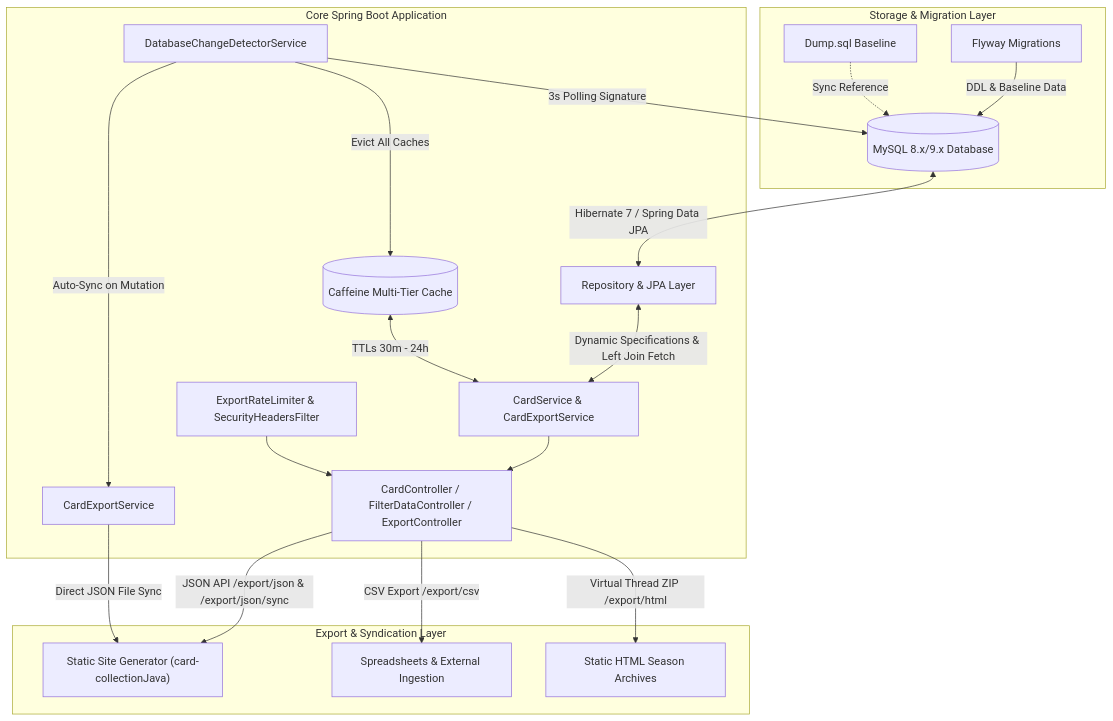
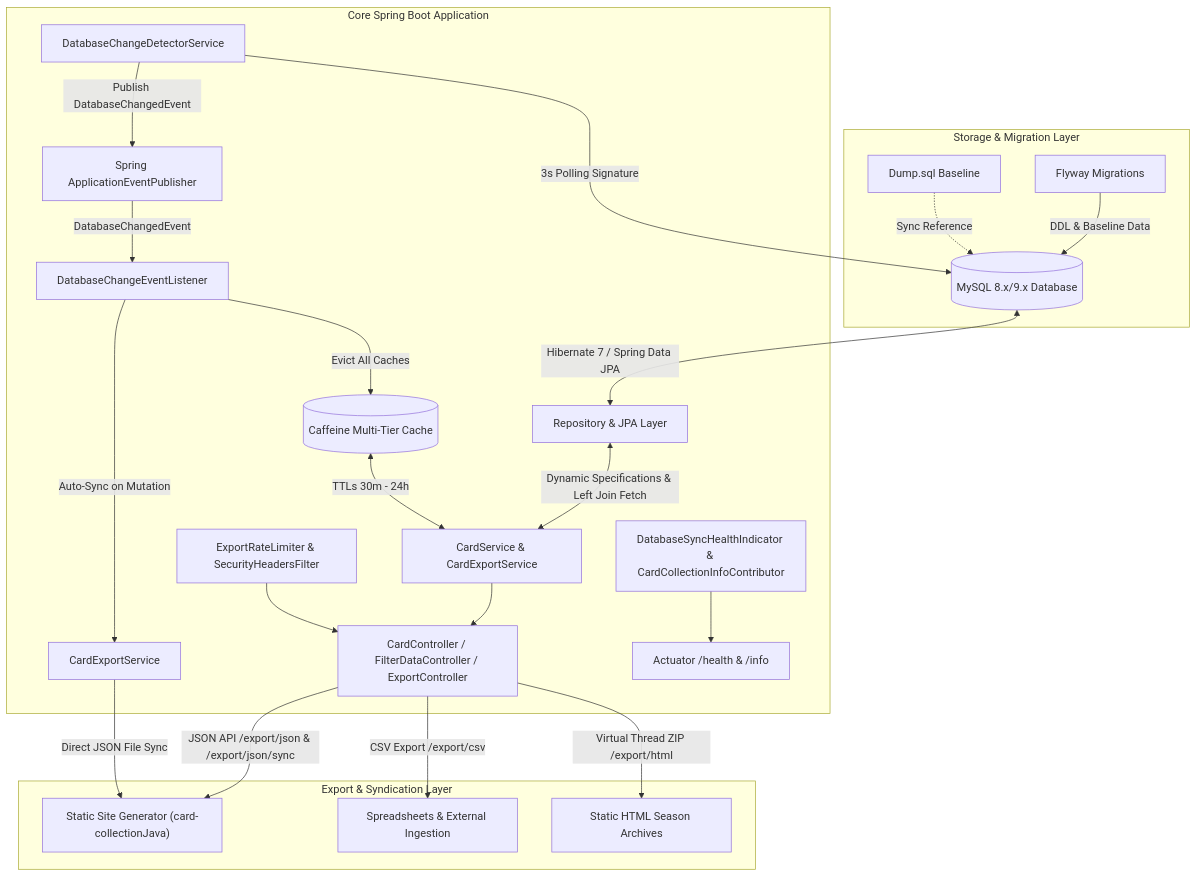
One commit to AndreasBild/card-collection changed the first of 5 diagrams in ARCHITECTURE.md. Above: the diagram before and after it, drawn with Mermaid. The commit also changed other lines of this file and 13 other files, not shown here.

Commit message:
feat(observability): add Actuator indicators, event-driven change sync, and Qodana CI quality gate

````diff
--- a/ARCHITECTURE.md
+++ b/ARCHITECTURE.md
@@ -9,25 +9,28 @@
 ```mermaid
 graph TD
     subgraph Storage & Migration Layer
         FW[Flyway Migrations] -->|DDL & Baseline Data| DB[(MySQL 8.x/9.x Database)]
         DUMP[Dump.sql Baseline] -.->|Sync Reference| DB
     end
 
     subgraph Core Spring Boot Application
         DB <-->|Hibernate 7 / Spring Data JPA| REPO[Repository & JPA Layer]
         REPO <-->|Dynamic Specifications & Left Join Fetch| SRV[CardService & CardExportService]
         CACHE[(Caffeine Multi-Tier Cache)] <-->|TTLs 30m - 24h| SRV
         DETECTOR[DatabaseChangeDetectorService] -->|3s Polling Signature| DB
-        DETECTOR -->|Evict All Caches| CACHE
-        DETECTOR -->|Auto-Sync on Mutation| EXP[CardExportService]
+        DETECTOR -->|Publish DatabaseChangedEvent| BUS[Spring ApplicationEventPublisher]
+        BUS -->|DatabaseChangedEvent| LISTENER[DatabaseChangeEventListener]
+        LISTENER -->|Evict All Caches| CACHE
+        LISTENER -->|Auto-Sync on Mutation| EXP[CardExportService]
         SRV --> CTRL[CardController / FilterDataController / ExportController]
         LIMITER[ExportRateLimiter & SecurityHeadersFilter] --> CTRL
+        HEALTH[DatabaseSyncHealthIndicator & CardCollectionInfoContributor] --> ACT[Actuator /health & /info]
     end
 
     subgraph Export & Syndication Layer
         CTRL -->|JSON API /export/json & /export/json/sync| SSG["Static Site Generator (card-collectionJava)"]
         EXP -->|Direct JSON File Sync| SSG
         CTRL -->|CSV Export /export/csv| CSV[Spreadsheets & External Ingestion]
         CTRL -->|Virtual Thread ZIP /export/html| HTML[Static HTML Season Archives]
     end
 ```
````
